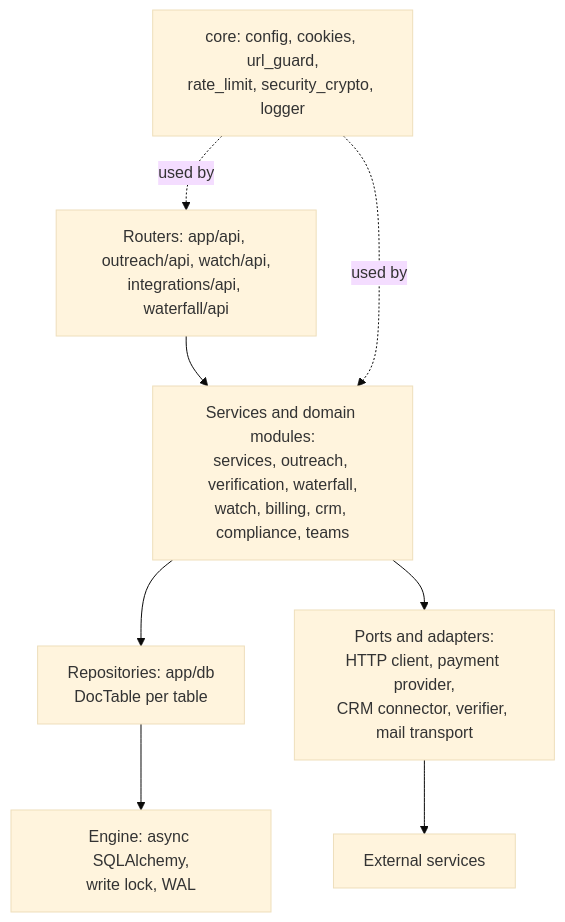
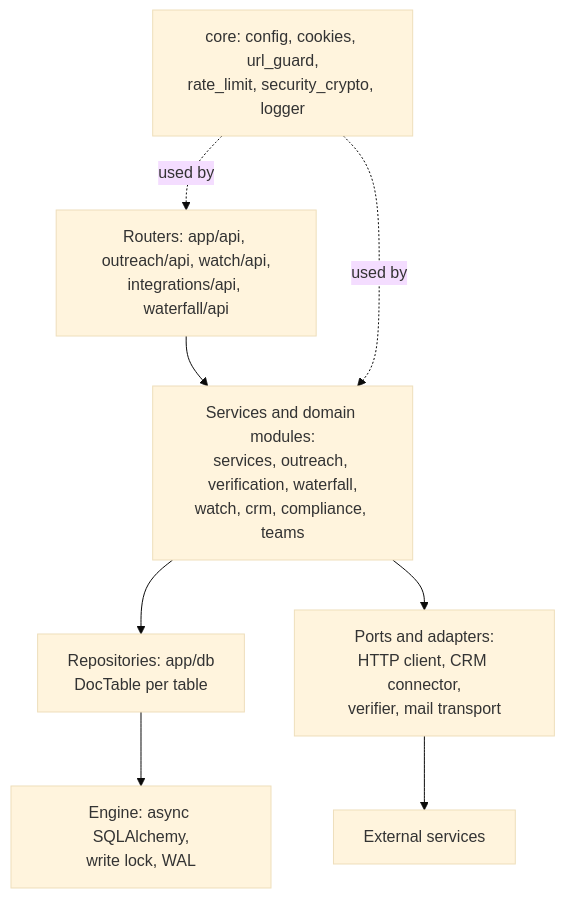
One commit to ManojAbhiram/quarry changed the third of 7 diagrams in docs/product/02-System-Design.md. Above: the diagram before and after it, drawn with Mermaid (base theme). The commit also changed other lines of this file and 26 other files, not shown here.

````diff
--- a/docs/product/02-System-Design.md
+++ b/docs/product/02-System-Design.md
@@ -83,10 +82,10 @@
 ```mermaid title="Logical layers (API)" page=portrait
 flowchart TB
-  R[Routers: app/api, outreach/api, watch/api,<br/>integrations/api, waterfall/api] --> SV[Services and domain modules:<br/>services, outreach, verification, waterfall,<br/>watch, billing, crm, compliance, teams]
+  R[Routers: app/api, outreach/api, watch/api,<br/>integrations/api, waterfall/api] --> SV[Services and domain modules:<br/>services, outreach, verification, waterfall,<br/>watch, crm, compliance, teams]
   SV --> RP[Repositories: app/db<br/>DocTable per table]
   RP --> EN[Engine: async SQLAlchemy,<br/>write lock, WAL]
-  SV --> PT[Ports and adapters:<br/>HTTP client, payment provider,<br/>CRM connector, verifier, mail transport]
+  SV --> PT[Ports and adapters:<br/>HTTP client, CRM connector,<br/>verifier, mail transport]
   PT --> EXT[External services]
   CORE[core: config, cookies, url_guard,<br/>rate_limit, security_crypto, logger] -.used by.-> R
   CORE -.used by.-> SV
 ```
````
